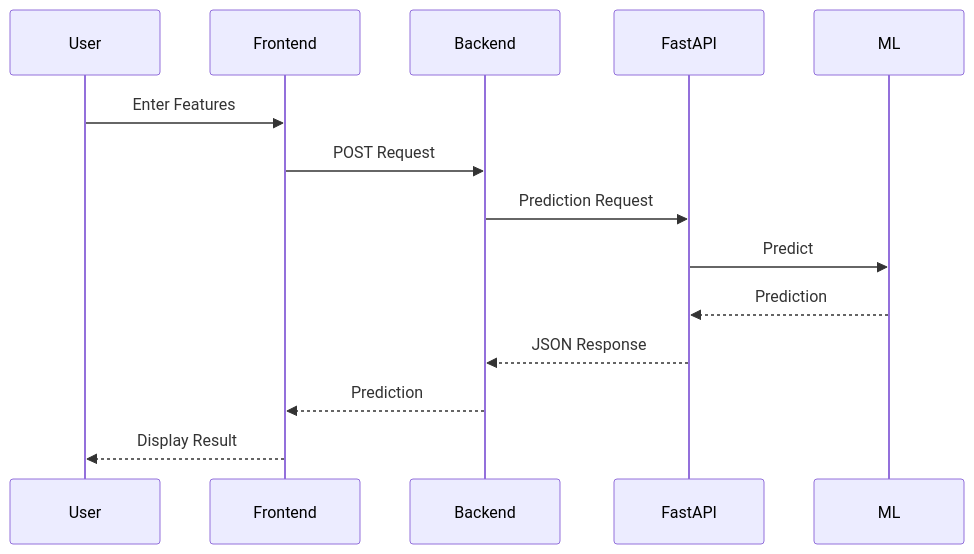
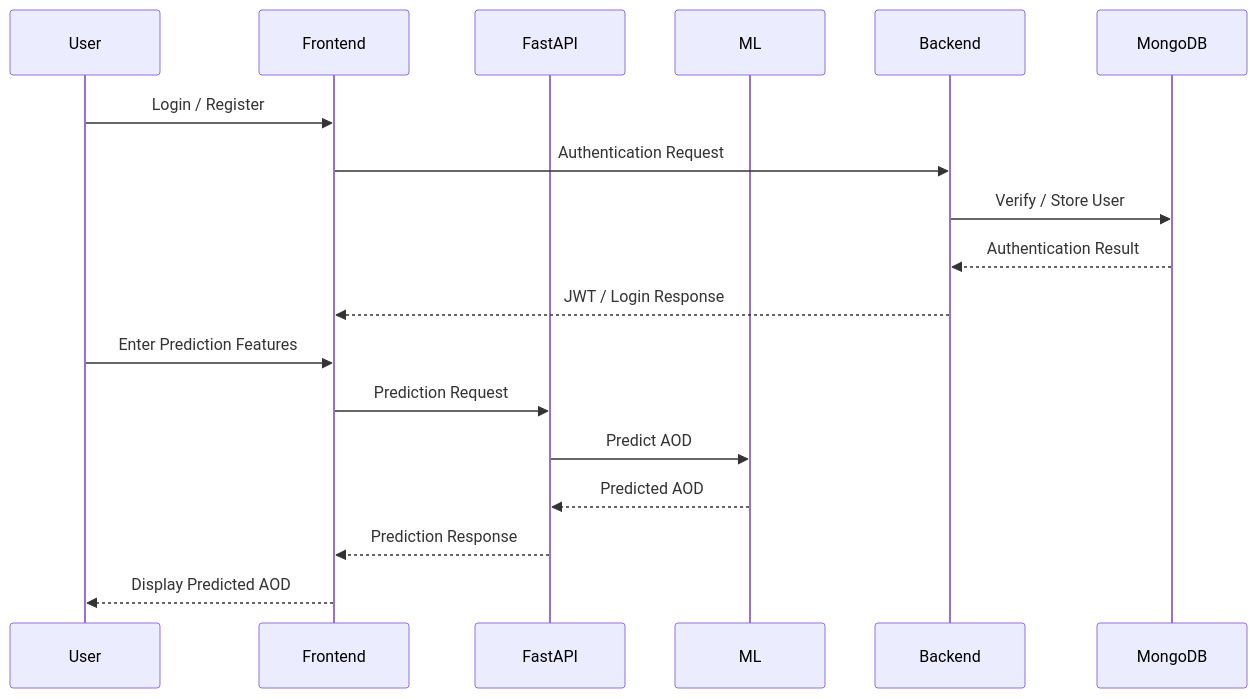
The third of 3 diagrams in README.md (prajyoth2006/AOD-PREDICTOR), drawn with Mermaid before and after one commit. The commit also changed other lines of this file, not shown here.

Commit message:
Updated readme file

````diff
--- a/README.md
+++ b/README.md
@@ -185,29 +187,23 @@
 ```mermaid
 sequenceDiagram
 
 participant User
+participant Frontend
+participant FastAPI
+participant ML
+participant Backend
+participant MongoDB
 
-participant Frontend
+User->>Frontend: Login / Register
+Frontend->>Backend: Authentication Request
+Backend->>MongoDB: Verify / Store User
+MongoDB-->>Backend: Authentication Result
+Backend-->>Frontend: JWT / Login Response
 
-participant Backend
-
-participant FastAPI
-
-participant ML
-
-User->>Frontend: Enter Features
-
-Frontend->>Backend: POST Request
-
-Backend->>FastAPI: Prediction Request
-
-FastAPI->>ML: Predict
-
-ML-->>FastAPI: Prediction
-
-FastAPI-->>Backend: JSON Response
-
-Backend-->>Frontend: Prediction
-
-Frontend-->>User: Display Result
+User->>Frontend: Enter Prediction Features
+Frontend->>FastAPI: Prediction Request
+FastAPI->>ML: Predict AOD
+ML-->>FastAPI: Predicted AOD
+FastAPI-->>Frontend: Prediction Response
+Frontend-->>User: Display Predicted AOD
 ```
````
